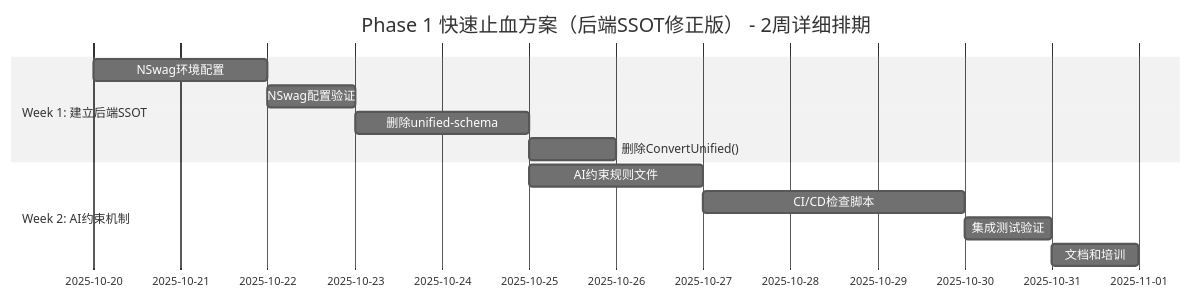
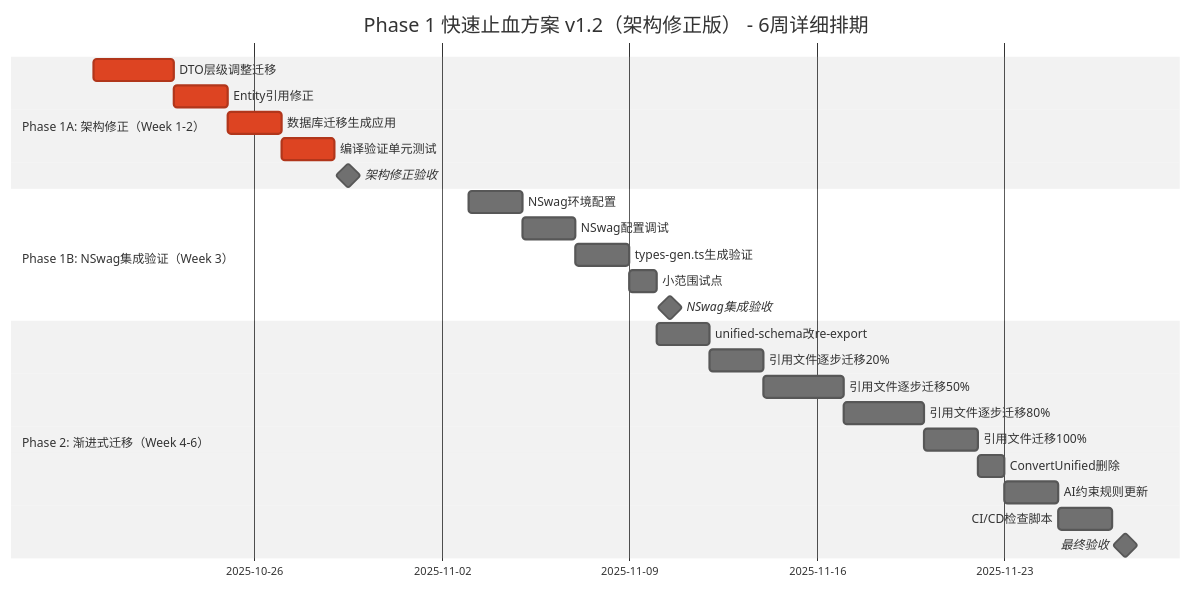
Before and after one commit to DULASlee/hxlot: the diagram in docs/架构设计/低代码引擎v2.0进阶版/Phase1-快速止血方案v1.1-后端SSOT修正版.md, drawn with Mermaid (neutral theme). The commit also changed other lines of this file and 35 other files, not shown here.

````diff
--- a/docs/架构设计/低代码引擎v2.0进阶版/Phase1-快速止血方案v1.1-后端SSOT修正版.md
+++ b/docs/架构设计/低代码引擎v2.0进阶版/Phase1-快速止血方案v1.1-后端SSOT修正版.md
@@ -74,16 +207,30 @@
 ```mermaid
 gantt
-    title Phase 1 快速止血方案（后端SSOT修正版） - 2周详细排期
+    title Phase 1 快速止血方案 v1.2（架构修正版） - 6周详细排期
     dateFormat  YYYY-MM-DD
-    section Week 1: 建立后端SSOT
-    NSwag环境配置           :a1, 2025-10-20, 2d
-    NSwag配置验证           :a2, after a1, 1d
-    删除unified-schema      :a3, after a2, 2d
-    删除ConvertUnified()    :a4, after a3, 1d
 
-    section Week 2: AI约束机制
-    AI约束规则文件          :b1, 2025-10-25, 2d
-    CI/CD检查脚本           :b2, after b1, 3d
-    集成测试验证            :b3, after b2, 1d
-    文档和培训              :b4, after b3, 1d
+    section Phase 1A: 架构修正（Week 1-2）
+    DTO层级调整迁移         :crit, a1, 2025-10-20, 3d
+    Entity引用修正          :crit, a2, after a1, 2d
+    数据库迁移生成应用      :crit, a3, after a2, 2d
+    编译验证单元测试        :crit, a4, after a3, 2d
+    架构修正验收            :milestone, m1, after a4, 1d
+
+    section Phase 1B: NSwag集成验证（Week 3）
+    NSwag环境配置           :b1, 2025-11-03, 2d
+    NSwag配置调试           :b2, after b1, 2d
+    types-gen.ts生成验证    :b3, after b2, 2d
+    小范围试点              :b4, after b3, 1d
+    NSwag集成验收           :milestone, m2, after b4, 1d
+
+    section Phase 2: 渐进式迁移（Week 4-6）
+    unified-schema改re-export :c1, 2025-11-10, 2d
+    引用文件逐步迁移20%     :c2, after c1, 2d
+    引用文件逐步迁移50%     :c3, after c2, 3d
+    引用文件逐步迁移80%     :c4, after c3, 3d
+    引用文件迁移100%        :c5, after c4, 2d
+    ConvertUnified删除      :c6, after c5, 1d
+    AI约束规则更新          :c7, after c6, 2d
+    CI/CD检查脚本           :c8, after c7, 2d
+    最终验收                :milestone, m3, after c8, 1d
 ```
````
